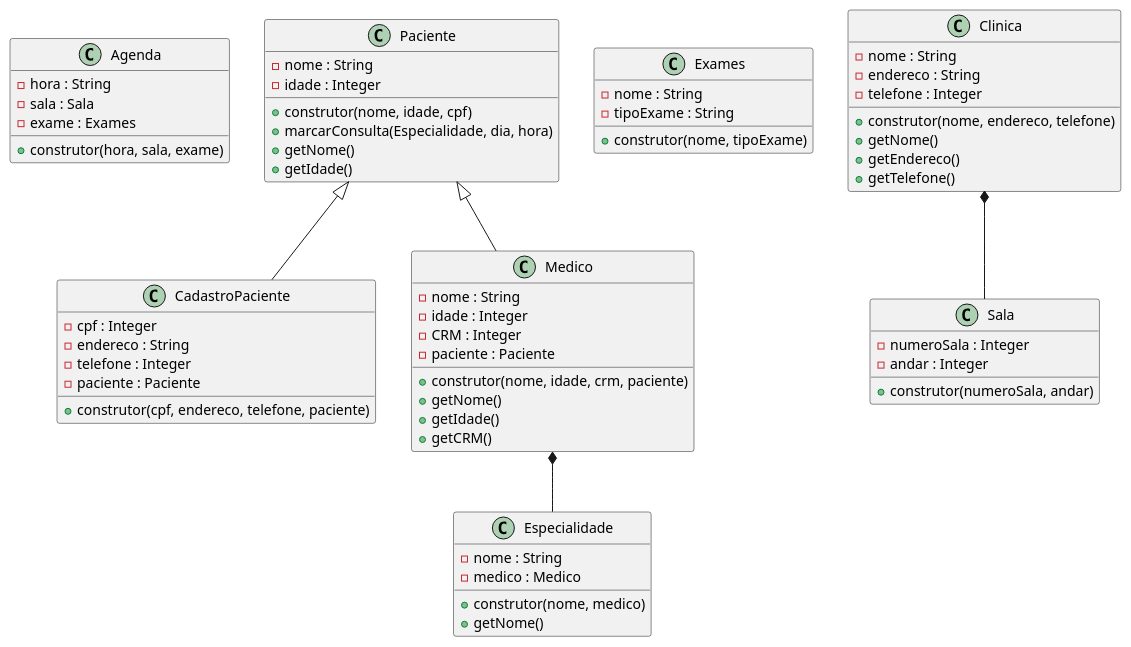
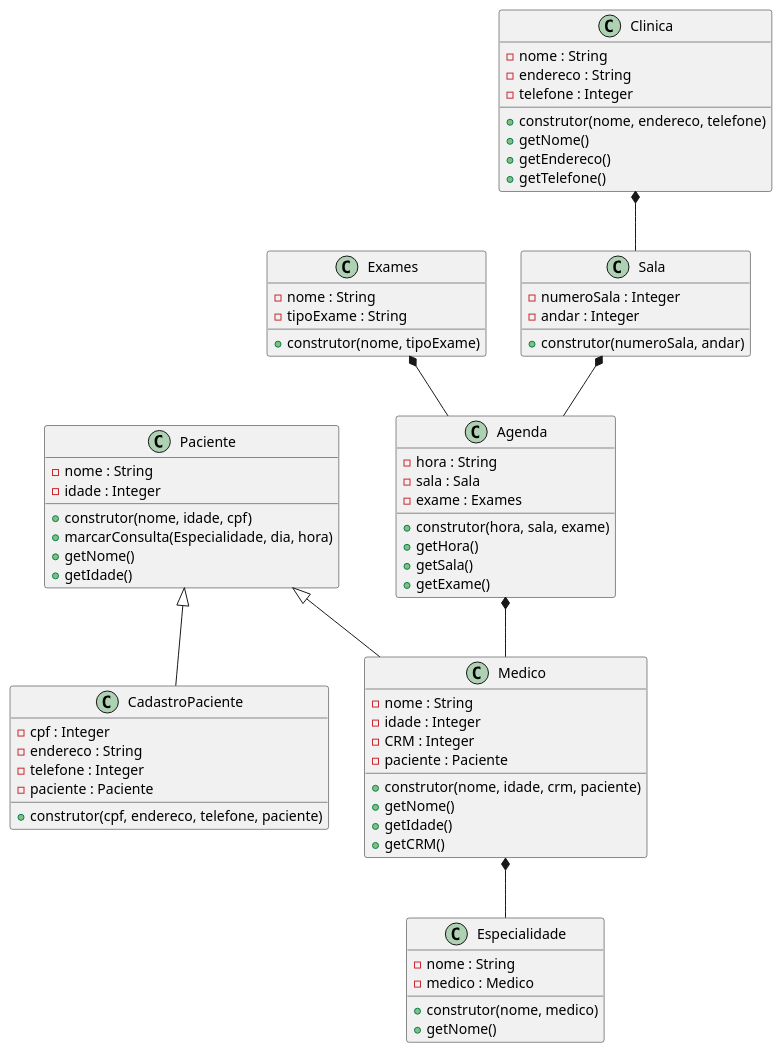
The diagram in diagrama.plantuml (anleaes/2022-1-N2-POO-03), drawn with PlantUML before and after one commit.

Commit message:
criado gets para classe agenda

```diff
--- a/diagrama.plantuml
+++ b/diagrama.plantuml
@@ -1,73 +1,78 @@
 @startuml Gerenciamento de Exames Medicos
 
     class Agenda{
         - hora : String
         - sala : Sala
         - exame : Exames
         + construtor(hora, sala, exame)
+        + getHora()
+        + getSala()
+        + getExame()
     }
 
     class Paciente{
         - nome : String
         - idade : Integer
         + construtor(nome, idade, cpf)
         + marcarConsulta(Especialidade, dia, hora)
         + getNome()
         + getIdade()
     }
 
     class CadastroPaciente{
         - cpf : Integer
         - endereco : String
         - telefone : Integer
         - paciente : Paciente
         + construtor(cpf, endereco, telefone, paciente)
     }
 
     class Medico{
         - nome : String
         - idade : Integer
         - CRM : Integer
         - paciente : Paciente
         + construtor(nome, idade, crm, paciente)
         + getNome()
         + getIdade()
         + getCRM()
     }
 
     class Exames{
         - nome : String
         - tipoExame : String
         + construtor(nome, tipoExame)
     }
 
     class Especialidade{
         - nome : String
         - medico : Medico
         + construtor(nome, medico)
         + getNome()
     }
 
     class Clinica{
         - nome : String
         - endereco : String
         - telefone : Integer
         + construtor(nome, endereco, telefone)
         + getNome()
         + getEndereco()
         + getTelefone()
     }
 
     class Sala{
         - numeroSala : Integer
         - andar : Integer
         + construtor(numeroSala, andar)
     }
 
     Paciente <|-- CadastroPaciente
     Paciente <|-- Medico
     Medico *-- Especialidade
-
+    Exames *-- Agenda
+    Sala *-- Agenda
+    Agenda *-- Medico
     Clinica *-- Sala
 
 @enduml
```
